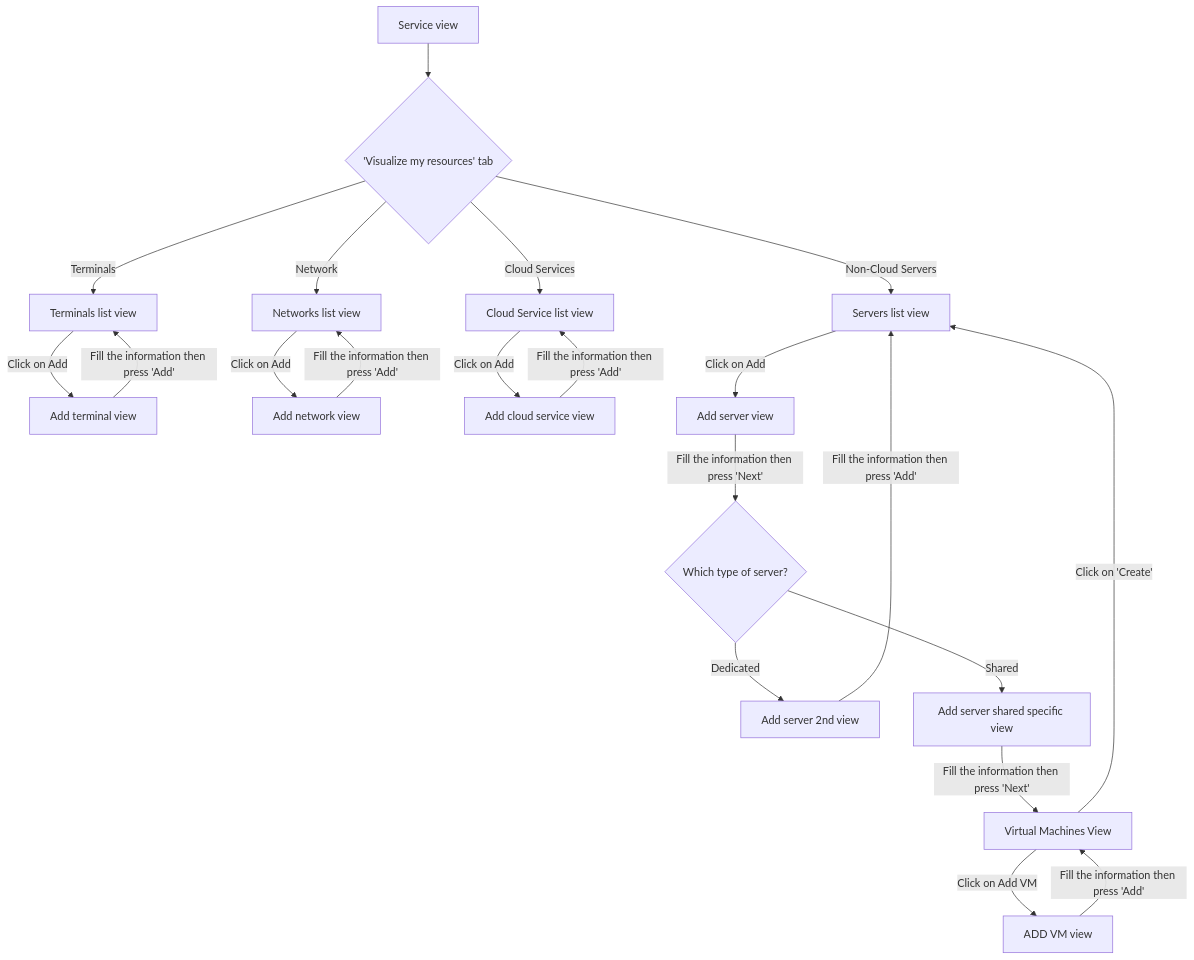
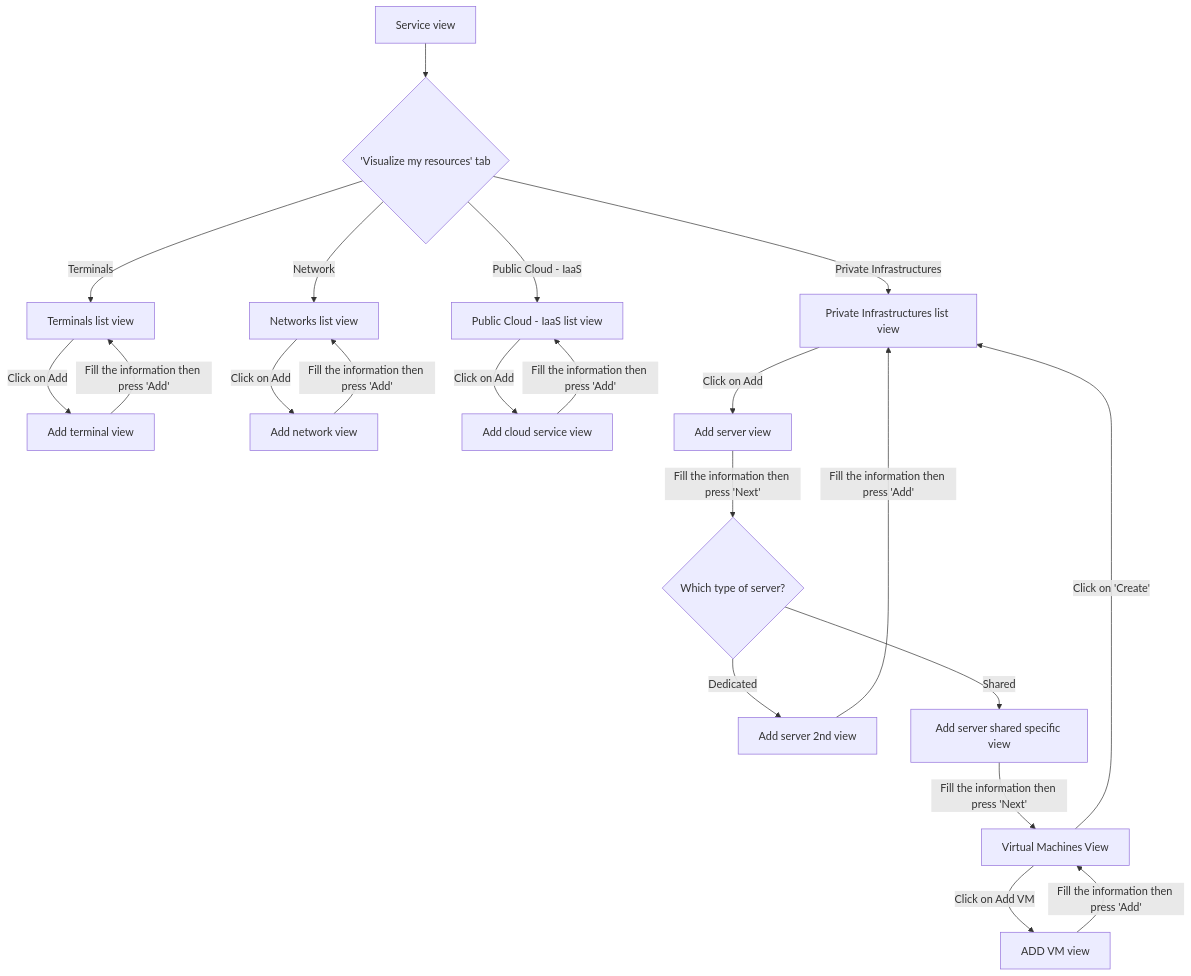
Before and after one commit to teamg4it/g4it: the first of 2 diagrams in services/documentation/content/2-functional-documentation/use_cases/uc_digital_services/uc3_add_visualize_equipments/_index.md, drawn with Mermaid. The commit also changed other lines of this file and 51 other files, not shown here.

```diff
--- a/services/documentation/content/2-functional-documentation/use_cases/uc_digital_services/uc3_add_visualize_equipments/_index.md
+++ b/services/documentation/content/2-functional-documentation/use_cases/uc_digital_services/uc3_add_visualize_equipments/_index.md
@@ -28,15 +28,15 @@
 {{< mermaid >}}
 graph TD;
 Step1[Service view] -->Decision1{'Visualize my resources' tab}
 Decision1 -->|Terminals| Step2[Terminals list view]
 Decision1 -->|Network| Step3[Networks list view]
-Decision1 -->|Non-Cloud Servers| Step4[Servers list view]
-Decision1 -->|Cloud Services| Step12[Cloud Service list view]
+Decision1 -->|Private Infrastructures| Step4[Private Infrastructures list view]
+Decision1 -->|Public Cloud - IaaS| Step12[Public Cloud - IaaS list view]
 Step2 -->|Click on Add|Step5[Add terminal view] --> |Fill the information then press 'Add'|Step2
 Step3 -->|Click on Add|Step6[Add network view] --> |Fill the information then press 'Add'|Step3
 Step12 -->|Click on Add|Step13[Add cloud service view] --> |Fill the information then press 'Add'|Step12
 Step4 -->|Click on Add|Step7[Add server view] --> |Fill the information then press 'Next'|Decision2{Which type of server?}
 Decision2 -->|Dedicated|Step8[Add server 2nd view] -->|Fill the information then press 'Add'|Step4
 Decision2 -->|Shared|Step9[Add server shared specific view] -->|Fill the information then press 'Next'|Step10[Virtual Machines View] -->|Click on Add VM|Step11[ADD VM view] -->|Fill the information then press 'Add'|Step10 -->|Click on 'Create'|Step4
 
 {{< /mermaid >}}
```
